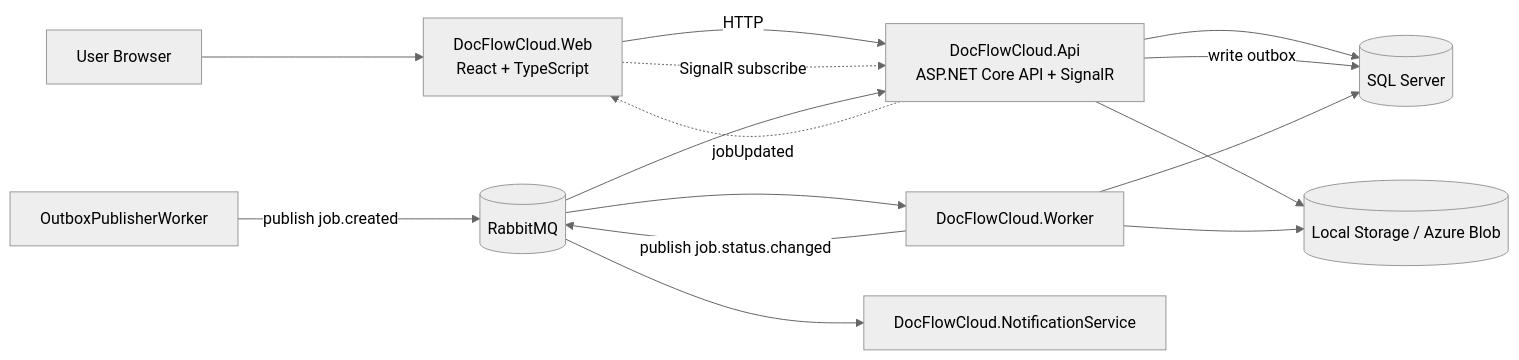
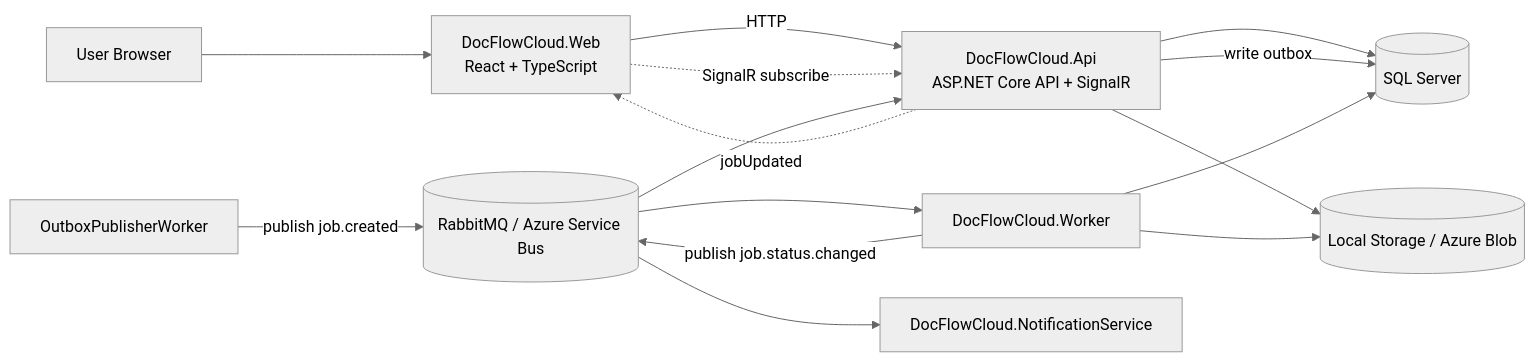
One commit to haoyucheng369-gif/DocFlowCloud changed the first of 3 diagrams in README.md. Above: the diagram before and after it, drawn with Mermaid (neutral theme). The commit also changed other lines of this file and 7 other files, not shown here.

Commit message:
Refresh docs and testbed config for Key Vault and Service Bus

````diff
--- a/README.md
+++ b/README.md
@@ -48,27 +50,27 @@
 ```mermaid
 flowchart LR
     U[User Browser]
     W[DocFlowCloud.Web<br/>React + TypeScript]
     A[DocFlowCloud.Api<br/>ASP.NET Core API + SignalR]
     DB[(SQL Server)]
     FS[(Local Storage / Azure Blob)]
     O[OutboxPublisherWorker]
-    MQ[(RabbitMQ)]
+    MQ[(RabbitMQ / Azure Service Bus)]
     WK[DocFlowCloud.Worker]
     NS[DocFlowCloud.NotificationService]
 
     U --> W
     W -->|HTTP| A
     W -.->|SignalR subscribe| A
     A --> DB
     A --> FS
     A -->|write outbox| DB
     O -->|publish job.created| MQ
     MQ --> WK
     MQ --> NS
     WK --> FS
     WK --> DB
     WK -->|publish job.status.changed| MQ
     MQ --> A
     A -.->|jobUpdated| W
 ```
````
